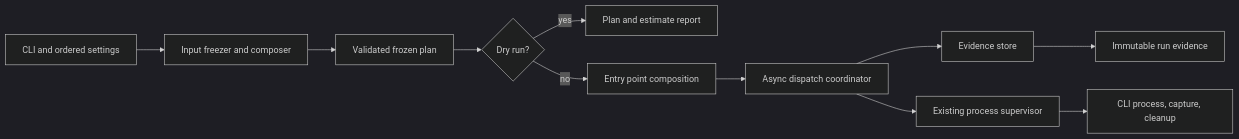
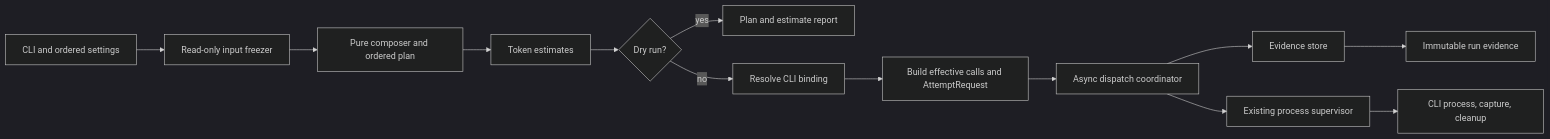
The diagram in doc/feat/reviewer/engineering/evaluation/evaluation-harness/architecture.md (msitarz/ataraxia), drawn with Mermaid (dark theme) before and after one commit. The commit also changed other lines of this file and 2 other files, not shown here.

Commit message:
fix(evaluation-harness): refine architecture proposal

````diff
--- a/doc/feat/reviewer/engineering/evaluation/evaluation-harness/architecture.md
+++ b/doc/feat/reviewer/engineering/evaluation/evaluation-harness/architecture.md
@@ -169,13 +205,15 @@
 ```mermaid
 flowchart LR
-    CLI[CLI and ordered settings] --> PREP[Input freezer and composer]
-    PREP --> PLAN[Validated frozen plan]
-    PLAN --> DRY{Dry run?}
+    CLI[CLI and ordered settings] --> PREP[Read-only input freezer]
+    PREP --> PLAN[Pure composer and ordered plan]
+    PLAN --> EST[Token estimates]
+    EST --> DRY{Dry run?}
     DRY -->|yes| REPORT[Plan and estimate report]
-    DRY -->|no| ROOT[Entry point composition]
-    ROOT --> COORD[Async dispatch coordinator]
+    DRY -->|no| BIND[Resolve CLI binding]
+    BIND --> REQUEST[Build effective calls and AttemptRequest]
+    REQUEST --> COORD[Async dispatch coordinator]
     COORD --> STORE[Evidence store]
     COORD --> SUP[Existing process supervisor]
     SUP --> OS[CLI process, capture, cleanup]
     STORE --> RUN[Immutable run evidence]
 ```
````
